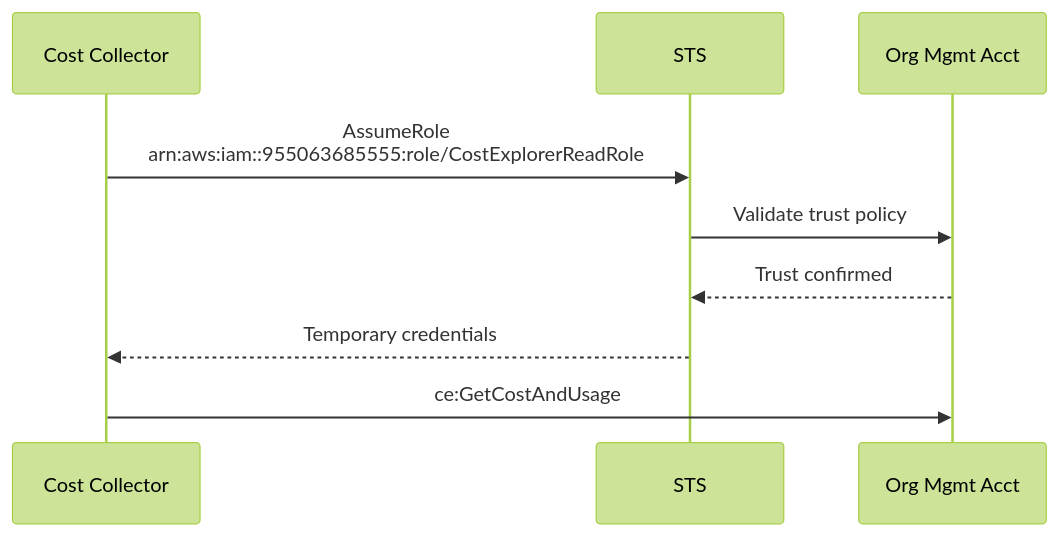
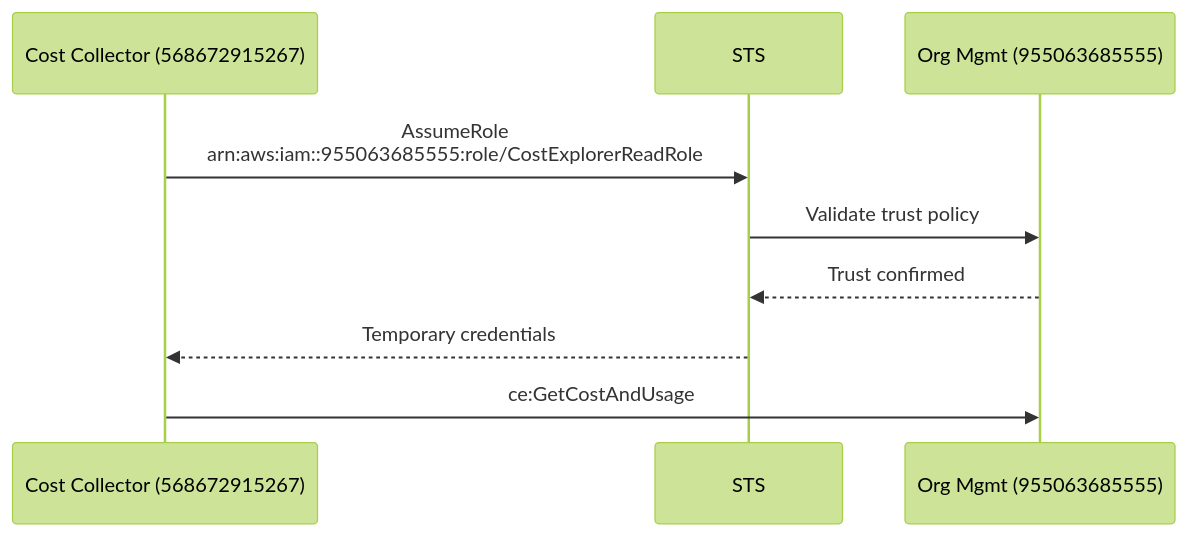
Before and after one commit to co-cddo/ndx-try-arch: the sixth of 6 diagrams in docs/81-aws-architecture.md, drawn with Mermaid (forest theme). The commit also changed other lines of this file and 41 other files, not shown here.

First line of the commit message:
docs: update NDX architecture documentation (#9)

````diff
--- a/docs/81-aws-architecture.md
+++ b/docs/81-aws-architecture.md
@@ -170,12 +252,12 @@
 ```mermaid
 sequenceDiagram
-    participant Cost Collector
+    participant Cost Collector (568672915267)
     participant STS
-    participant Org Mgmt Acct
+    participant Org Mgmt (955063685555)
 
-    Cost Collector->>STS: AssumeRole<br/>arn:aws:iam::955063685555:role/CostExplorerReadRole
-    STS->>Org Mgmt Acct: Validate trust policy
-    Org Mgmt Acct-->>STS: Trust confirmed
-    STS-->>Cost Collector: Temporary credentials
-    Cost Collector->>Org Mgmt Acct: ce:GetCostAndUsage
+    Cost Collector (568672915267)->>STS: AssumeRole<br/>arn:aws:iam::955063685555:role/CostExplorerReadRole
+    STS->>Org Mgmt (955063685555): Validate trust policy
+    Org Mgmt (955063685555)-->>STS: Trust confirmed
+    STS-->>Cost Collector (568672915267): Temporary credentials
+    Cost Collector (568672915267)->>Org Mgmt (955063685555): ce:GetCostAndUsage
 ```
````
